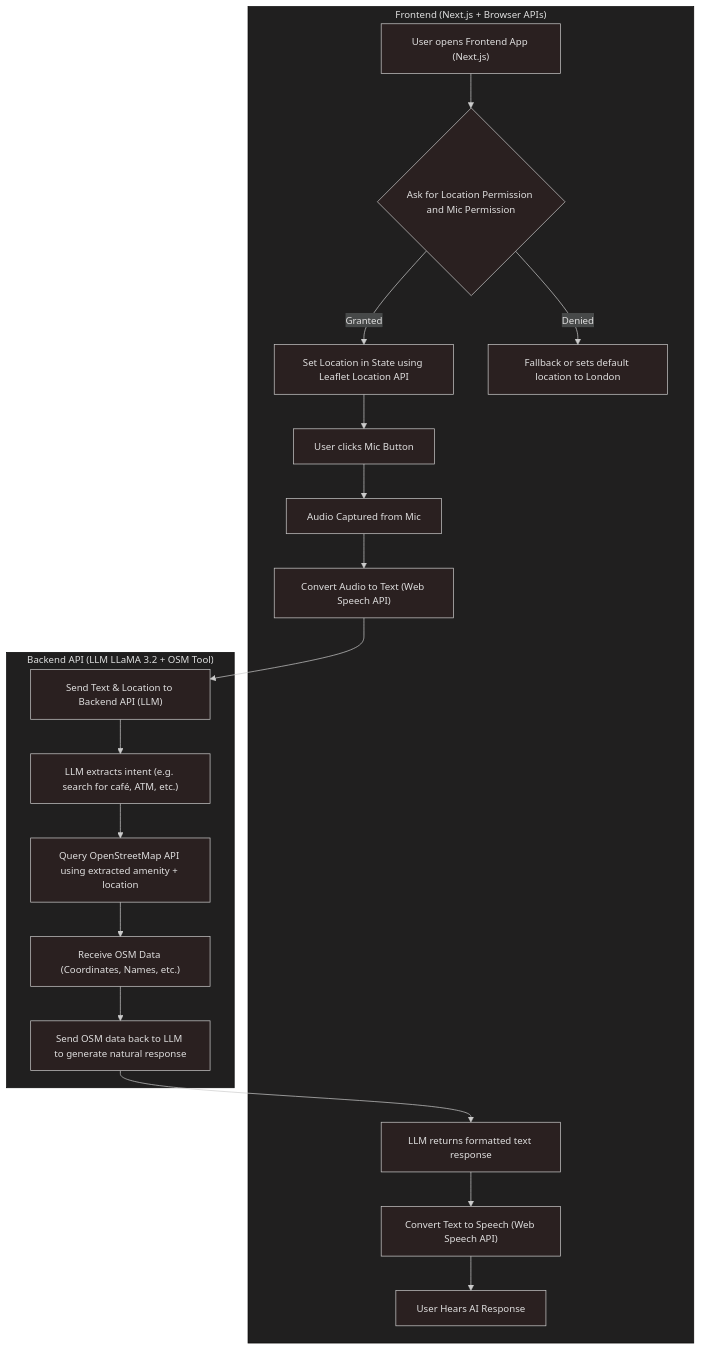
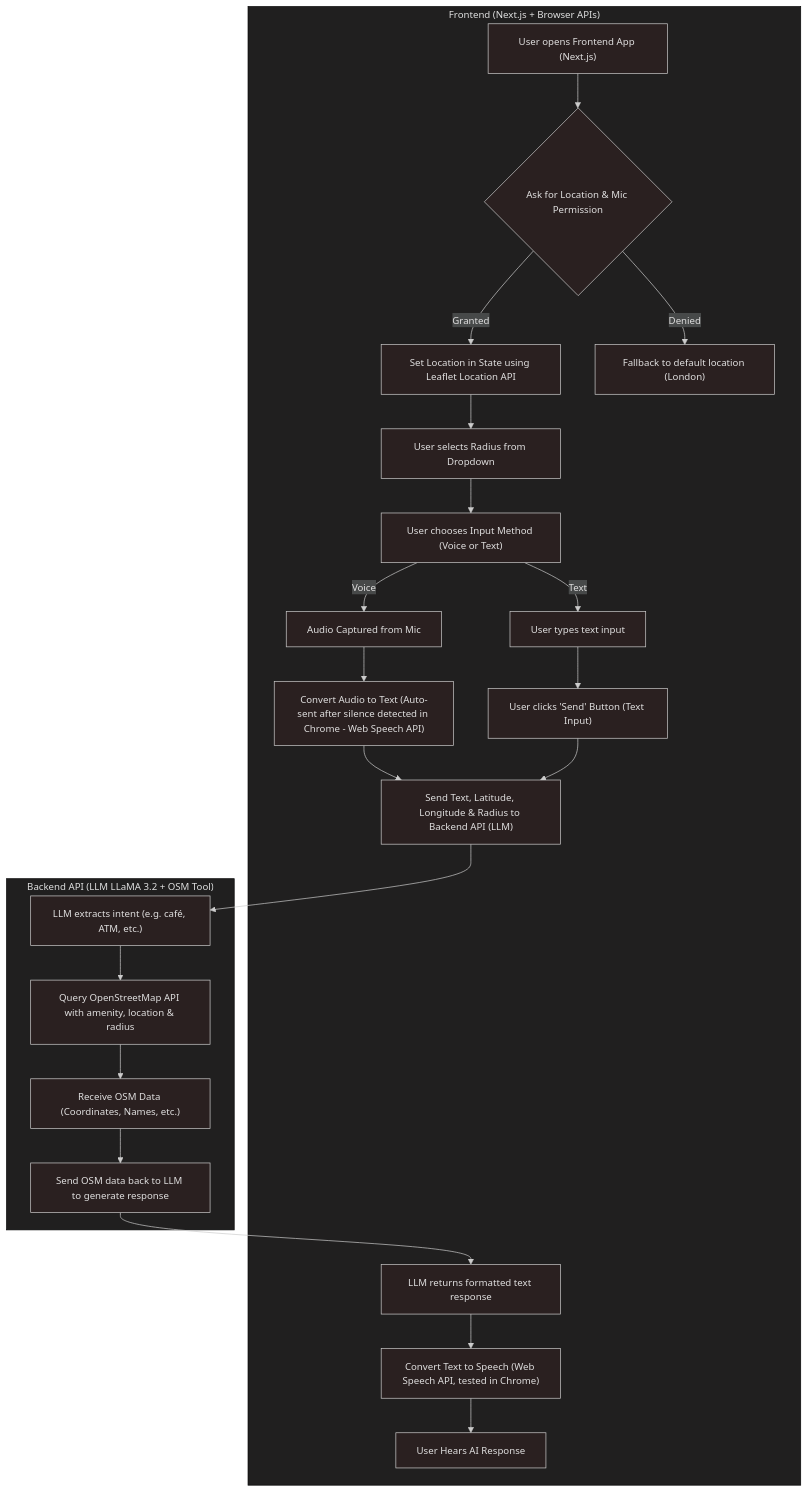
One commit to sanjayc208/guide-agent changed the diagram in flowchart.md. Above: the diagram before and after it, drawn with Mermaid.

Commit message:
feat: added voice , chat flow with radius and chrome browser

````diff
--- a/flowchart.md
+++ b/flowchart.md
@@ -1,29 +1,36 @@
 ```mermaid
 ---
 config:
   theme: neo-dark
 ---
 flowchart TD
 
   subgraph Frontend ["Frontend (Next.js + Browser APIs)"]
-    A["User opens Frontend App (Next.js)"] --> B{"Ask for Location Permission and Mic Permission"}
+    A["User opens Frontend App (Next.js)"] --> B{"Ask for Location & Mic Permission"}
     B -->|"Granted"| C["Set Location in State using Leaflet Location API"]
-    B -->|"Denied"| D["Fallback or sets default location to London"]
+    B -->|"Denied"| D["Fallback to default location (London)"]
 
-    C --> E["User clicks Mic Button"]
-    E --> F["Audio Captured from Mic"]
-    F --> G["Convert Audio to Text (Web Speech API)"]
-    I --> J["Convert Text to Speech (Web Speech API)"]
+    C --> R["User selects Radius from Dropdown"]
+    R --> E["User chooses Input Method (Voice or Text)"]
+
+    E -->|"Voice"| F["Audio Captured from Mic"]
+    F --> G["Convert Audio to Text (Auto-sent after silence detected in Chrome - Web Speech API)"]
+    G --> U
+
+    E -->|"Text"| T["User types text input"]
+    T --> S["User clicks 'Send' Button (Text Input)"]
+    S --> U
+
+    I --> J["Convert Text to Speech (Web Speech API, tested in Chrome)"]
     J --> K["User Hears AI Response"]
   end
 
   subgraph Backend ["Backend API (LLM LLaMA 3.2 + OSM Tool)"]
-    G --> H["Send Text & Location to Backend API (LLM)"]
-    H --> L["LLM extracts intent (e.g. search for café, ATM, etc.)"]
-    L --> M["Query OpenStreetMap API using extracted amenity + location"]
+    U["Send Text, Latitude, Longitude & Radius to Backend API (LLM)"] --> H["LLM extracts intent (e.g. café, ATM, etc.)"]
+    H --> M["Query OpenStreetMap API with amenity, location & radius"]
     M --> N["Receive OSM Data (Coordinates, Names, etc.)"]
-    N --> O["Send OSM data back to LLM to generate natural response"]
+    N --> O["Send OSM data back to LLM to generate response"]
     O --> I["LLM returns formatted text response"]
   end
 
 ```
````
